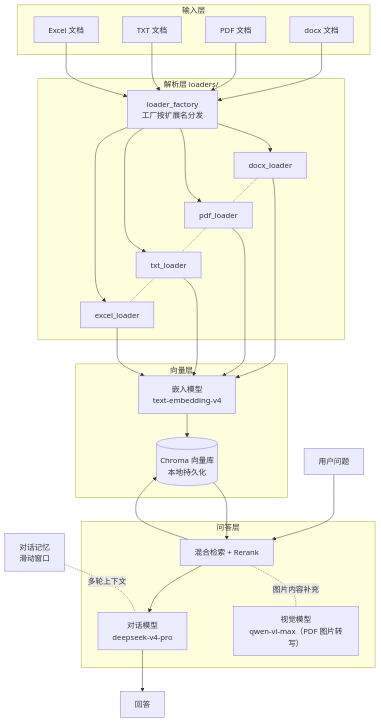
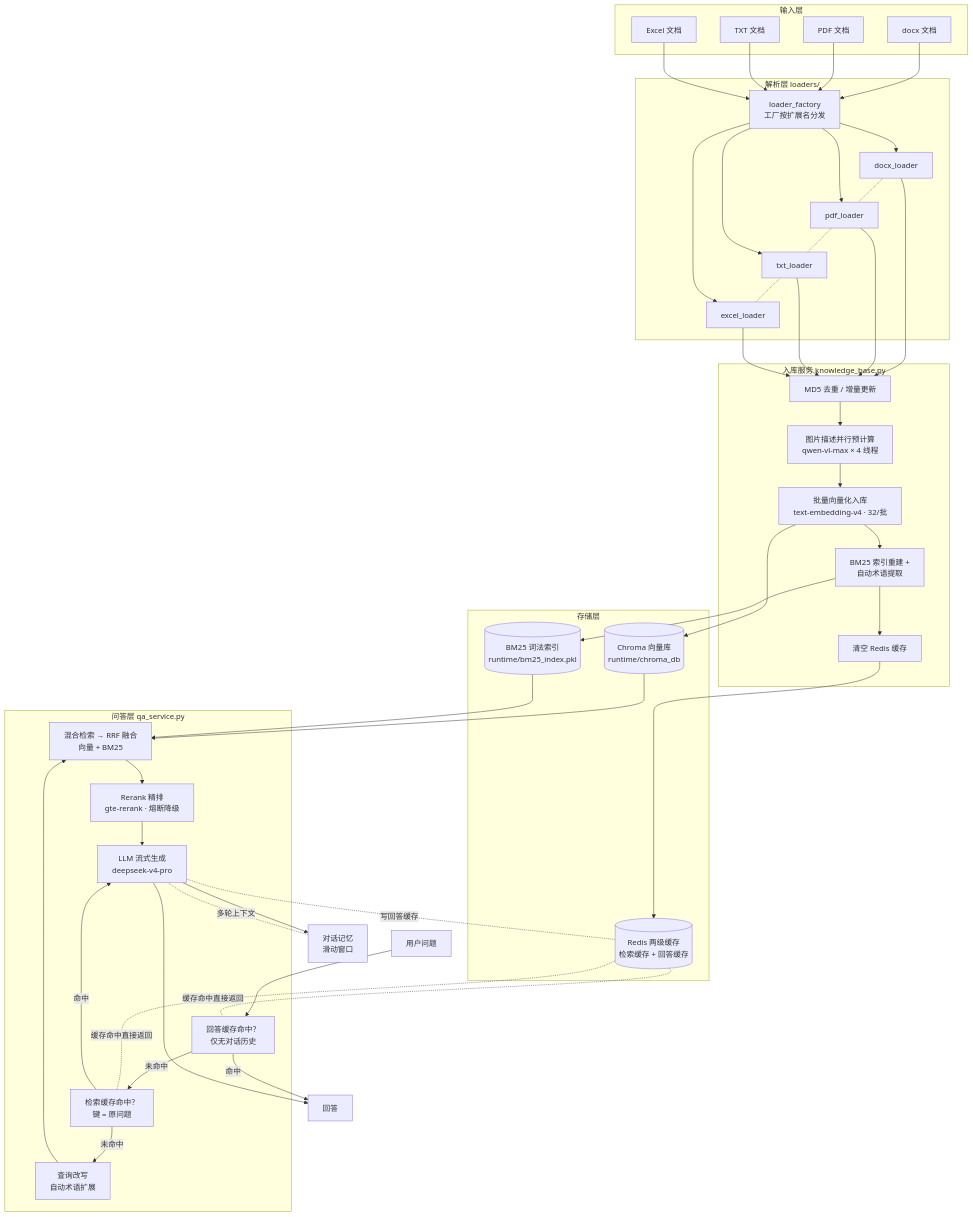
One commit to Olvenint/multi-format-rag changed the diagram in README.md. Above: the diagram before and after it, drawn with Mermaid. The commit also changed other lines of this file, not shown here.

Commit message:
docs: 重绘系统架构图（v4.3 两级缓存/并行入库/自动术语），同步流程一句话与目录结构

````diff
--- a/README.md
+++ b/README.md
@@ -35,32 +35,57 @@
 ```mermaid
 flowchart TB
     subgraph IN["输入层"]
         D1["docx 文档"] & D2["PDF 文档"] & D3["TXT 文档"] & D4["Excel 文档"]
     end
 
     subgraph LD["解析层 loaders/"]
         F["loader_factory<br/>工厂按扩展名分发"]
         L1["docx_loader"] & L2["pdf_loader"] & L3["txt_loader"] & L4["excel_loader"]
         L1 -.- L2 -.- L3 -.- L4
     end
 
-    subgraph ST["向量层"]
-        E["嵌入模型<br/>text-embedding-v4"]
-        C[("Chroma 向量库<br/>本地持久化")]
+    subgraph KB["入库服务 knowledge_base.py"]
+        I1["MD5 去重 / 增量更新"]
+        I2["图片描述并行预计算<br/>qwen-vl-max × 4 线程"]
+        I3["批量向量化入库<br/>text-embedding-v4 · 32/批"]
+        I4["BM25 索引重建 +<br/>自动术语提取"]
+        I5["清空 Redis 缓存"]
     end
 
-    subgraph QA["问答层"]
-        R["混合检索 + Rerank"]
-        M["对话模型<br/>deepseek-v4-pro"]
-        V["视觉模型<br/>qwen-vl-max（PDF 图片转写）"]
+    subgraph ST["存储层"]
+        C[("Chroma 向量库<br/>runtime/chroma_db")]
+        B[("BM25 词法索引<br/>runtime/bm25_index.pkl")]
+        R[("Redis 两级缓存<br/>检索缓存 + 回答缓存")]
     end
+
+    subgraph QA["问答层 qa_service.py"]
+        Q5["回答缓存命中？<br/>仅无对话历史"]
+        Q1["检索缓存命中？<br/>键 = 原问题"]
+        Q2["查询改写<br/>自动术语扩展"]
+        Q3["混合检索 → RRF 融合<br/>向量 + BM25"]
+        Q4["Rerank 精排<br/>gte-rerank · 熔断降级"]
+        Q6["LLM 流式生成<br/>deepseek-v4-pro"]
+    end
+
+    M["对话记忆<br/>滑动窗口"]
 
     D1 & D2 & D3 & D4 --> F
     F --> L1 & L2 & L3 & L4
-    L1 & L2 & L3 & L4 --> E --> C
+    L1 & L2 & L3 & L4 --> I1 --> I2 --> I3 --> C
+    I3 --> I4 --> B
+    I4 --> I5 --> R
 
-    U["用户问题"] --> R --> C
-    C --> R --> M --> A["回答"]
-    R -.图片内容补充.- V
-    MEM["对话记忆<br/>滑动窗口"] -.多轮上下文.- M
+    U["用户问题"] --> Q5
+    Q5 -->|命中| A["回答"]
+    Q5 -->|未命中| Q1
+    Q1 -->|命中| Q6
+    Q1 -->|未命中| Q2 --> Q3 --> Q4 --> Q6
+    C --> Q3
+    B --> Q3
+    R -.缓存命中直接返回.- Q5
+    R -.缓存命中直接返回.- Q1
+    Q6 --> A
+    Q6 -.写回答缓存.- R
+    Q6 --> M
+    M -.多轮上下文.- Q6
 ```
````
